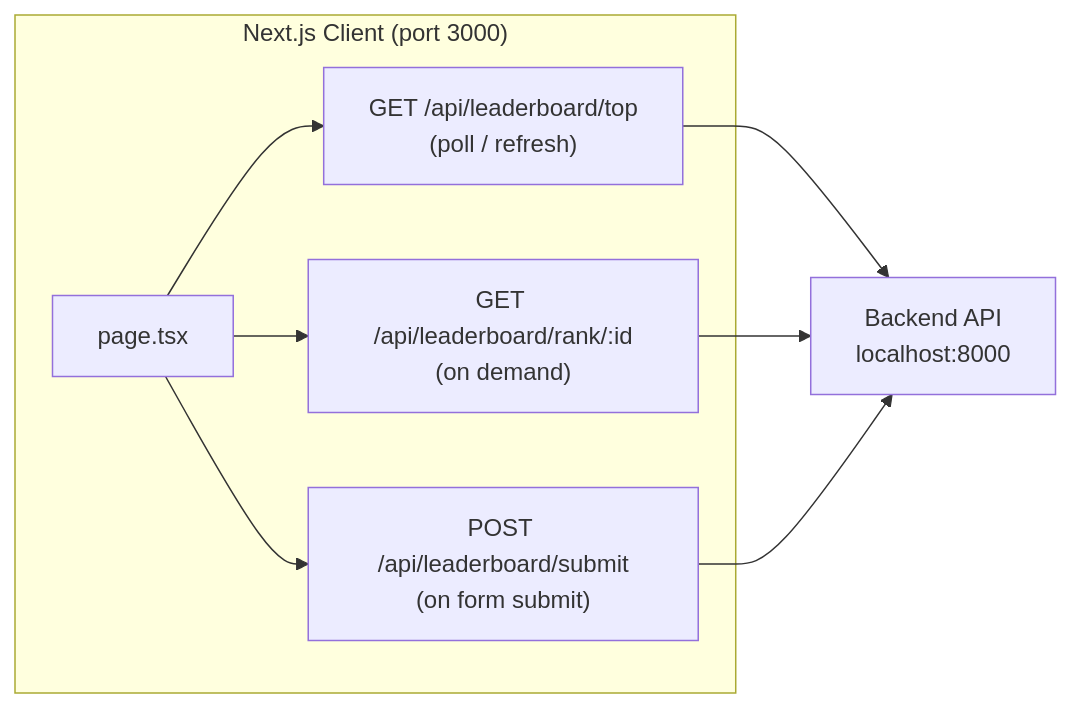
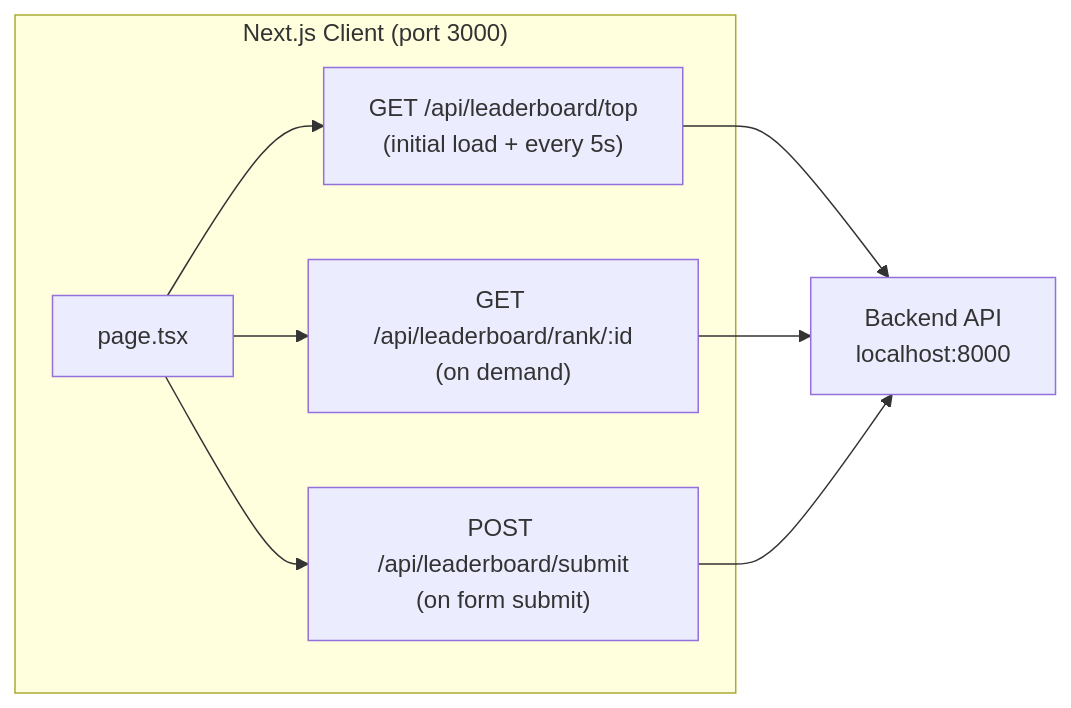
The tenth of 10 diagrams in docs/SYSTEM_DESIGN_DIAGRAMS.md (StayTrash/gaming-leaderboard), drawn with Mermaid before and after one commit. The commit also changed other lines of this file, not shown here.

Commit message:
update system design diagrams

````diff
--- a/docs/SYSTEM_DESIGN_DIAGRAMS.md
+++ b/docs/SYSTEM_DESIGN_DIAGRAMS.md
@@ -367,18 +370,18 @@
 ```mermaid
 flowchart LR
     subgraph NextJS["Next.js Client (port 3000)"]
         Page[page.tsx]
-        LB["GET /api/leaderboard/top\n(poll / refresh)"]
+        LB["GET /api/leaderboard/top\n(initial load + every 5s)"]
         Rank["GET /api/leaderboard/rank/:id\n(on demand)"]
         Submit["POST /api/leaderboard/submit\n(on form submit)"]
     end
 
     API["Backend API\nlocalhost:8000"]
 
     Page --> LB
     Page --> Rank
     Page --> Submit
     LB --> API
     Rank --> API
     Submit --> API
 ```
````
